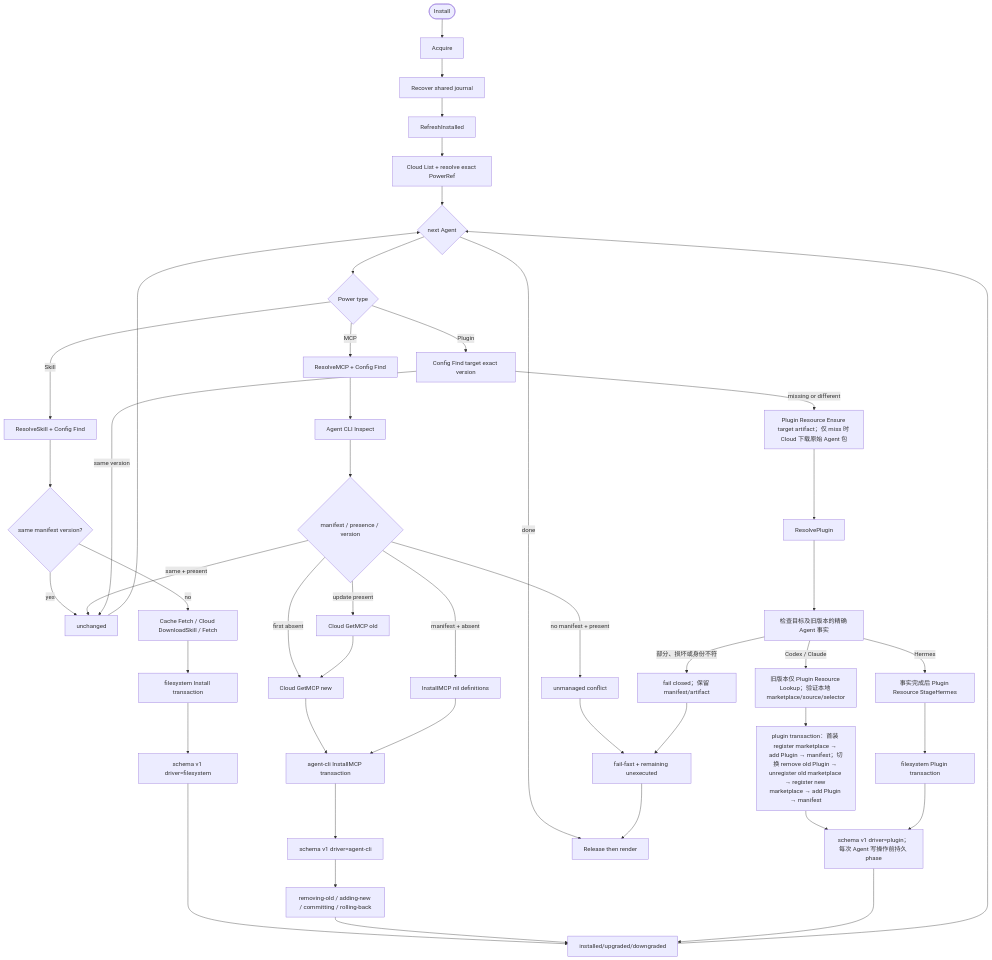
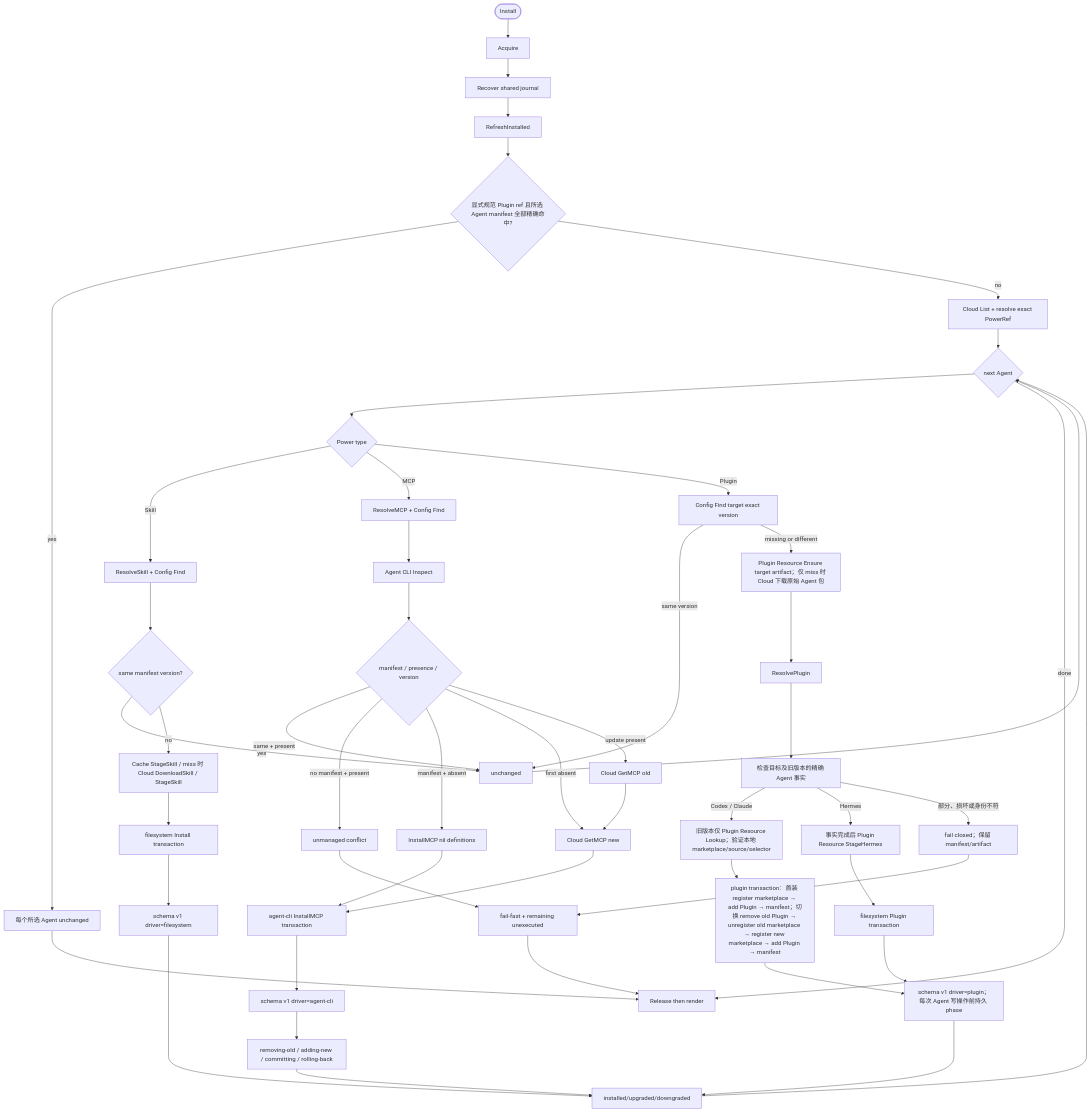
The diagram in ivory-tower/c4/components/apm-cli-lifecycle-diagrams/install.mmd (spacemit-com/agent-power-manager), drawn with Mermaid before and after one commit. The commit also changed 27 other files, not shown here.

```diff
--- a/ivory-tower/c4/components/apm-cli-lifecycle-diagrams/install.mmd
+++ b/ivory-tower/c4/components/apm-cli-lifecycle-diagrams/install.mmd
@@ -1,48 +1,50 @@
 flowchart TD
     Start([Install]) --> Lock[Acquire]
     Lock --> Recover[Recover shared journal]
     Recover --> Refresh[RefreshInstalled]
-    Refresh --> List[Cloud List + resolve exact PowerRef]
+    Refresh --> ExplicitPlugin{显式规范 Plugin ref 且所选 Agent manifest 全部精确命中?}
+    ExplicitPlugin -->|yes| ManifestHit[每个所选 Agent unchanged] --> Release
+    ExplicitPlugin -->|no| List[Cloud List + resolve exact PowerRef]
     List --> Agent{next Agent}
     Agent --> Type{Power type}
     Type -->|Skill| SkillResolve[ResolveSkill + Config Find]
     SkillResolve --> SkillSame{same manifest version?}
     SkillSame -->|yes| Unchanged[unchanged]
-    SkillSame -->|no| Cache[Cache Fetch / Cloud DownloadSkill / Fetch]
+    SkillSame -->|no| Cache[Cache StageSkill / miss 时 Cloud DownloadSkill / StageSkill]
     Cache --> FSTx[filesystem Install transaction]
     FSTx --> FSJournal[schema v1 driver=filesystem]
 
     Type -->|MCP| MCPResolve[ResolveMCP + Config Find]
     MCPResolve --> MCPInspect[Agent CLI Inspect]
     MCPInspect --> MCPState{manifest / presence / version}
     MCPState -->|same + present| Unchanged
     MCPState -->|no manifest + present| Fail[unmanaged conflict]
     MCPState -->|manifest + absent| MCPStale[InstallMCP nil definitions]
     MCPState -->|first absent| NewDef[Cloud GetMCP new]
     MCPState -->|update present| OldDef[Cloud GetMCP old] --> NewDef
     NewDef --> MCPTx[agent-cli InstallMCP transaction]
     MCPStale --> MCPTx
     MCPTx --> MCPJournal[schema v1 driver=agent-cli]
     MCPJournal --> Phases[removing-old / adding-new / committing / rolling-back]
 
     Type -->|Plugin| PluginManifest[Config Find target exact version]
     PluginManifest -->|same version| Unchanged
     PluginManifest -->|missing or different| PluginEnsure[Plugin Resource Ensure target artifact；仅 miss 时 Cloud 下载原始 Agent 包]
     PluginEnsure --> PluginResolve[ResolvePlugin]
     PluginResolve --> PluginFacts[检查目标及旧版本的精确 Agent 事实]
     PluginFacts -->|Codex / Claude| PreviousLookup[旧版本仅 Plugin Resource Lookup；验证本地 marketplace/source/selector]
     PreviousLookup --> MarketplaceTx[plugin transaction：首装 register marketplace → add Plugin → manifest；切换 remove old Plugin → unregister old marketplace → register new marketplace → add Plugin → manifest]
     PluginFacts -->|Hermes| HermesStage[事实完成后 Plugin Resource StageHermes] --> FilesystemPluginTx[filesystem Plugin transaction]
     MarketplaceTx --> PluginJournal[schema v1 driver=plugin；每次 Agent 写操作前持久 phase]
     FilesystemPluginTx --> PluginJournal
     PluginFacts -->|部分、损坏或身份不符| PluginFail[fail closed；保留 manifest/artifact]
 
     FSJournal --> Outcome[installed/upgraded/downgraded]
     Phases --> Outcome
     PluginJournal --> Outcome
     Unchanged --> Agent
     Outcome --> Agent
     Fail --> Batch[fail-fast + remaining unexecuted]
     PluginFail --> Batch
     Agent -->|done| Release[Release then render]
     Batch --> Release
```
